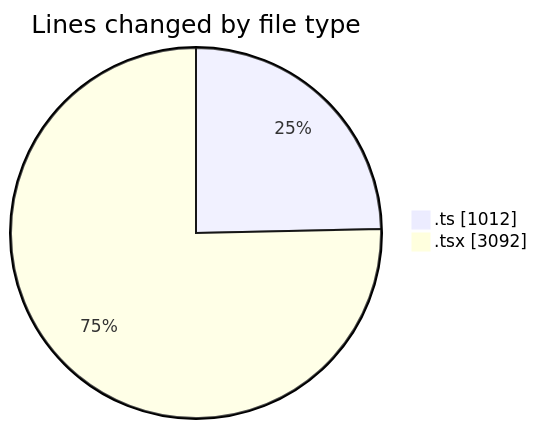
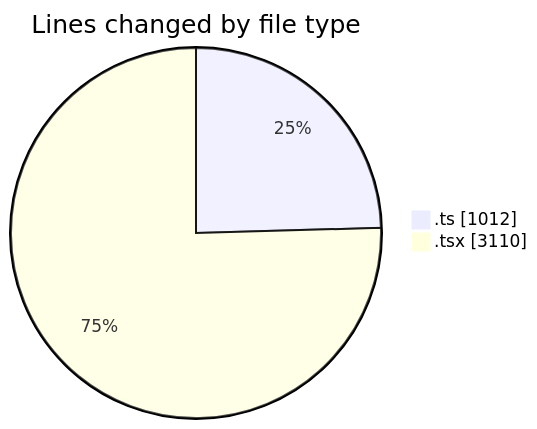
One commit to nxtqubesakshisongat/code-tracking changed the first of 2 diagrams in 2026-05-04/nxtqube_webapp/README.md. Above: the diagram before and after it, drawn with Mermaid. The commit also changed other lines of this file and 1 other file, not shown here.

````diff
--- a/2026-05-04/nxtqube_webapp/README.md
+++ b/2026-05-04/nxtqube_webapp/README.md
@@ -25,6 +25,6 @@
 ```mermaid
 pie showData
 title Lines changed by file type
 ".ts" : 1012
-".tsx" : 3092
+".tsx" : 3110
 ```
````
